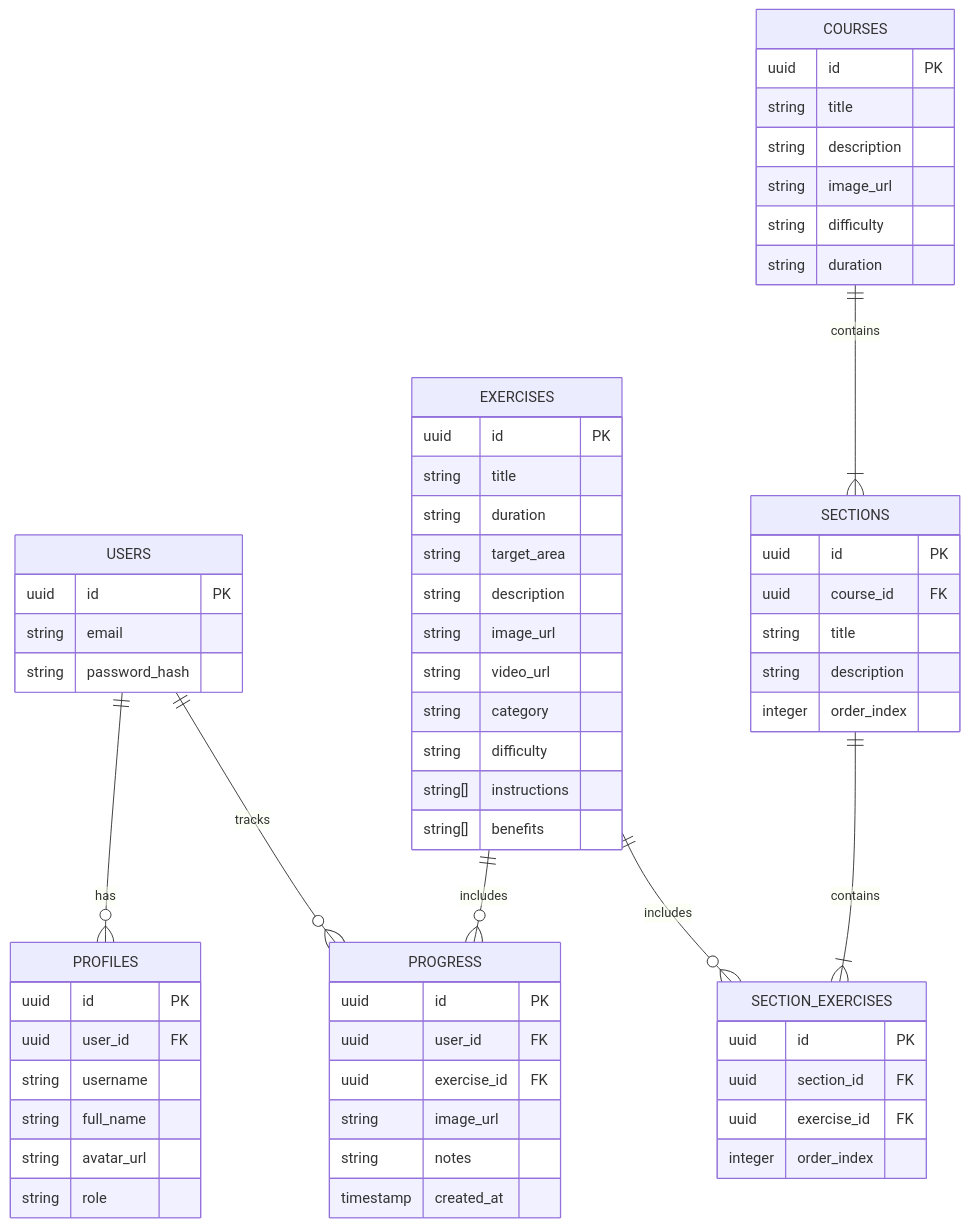
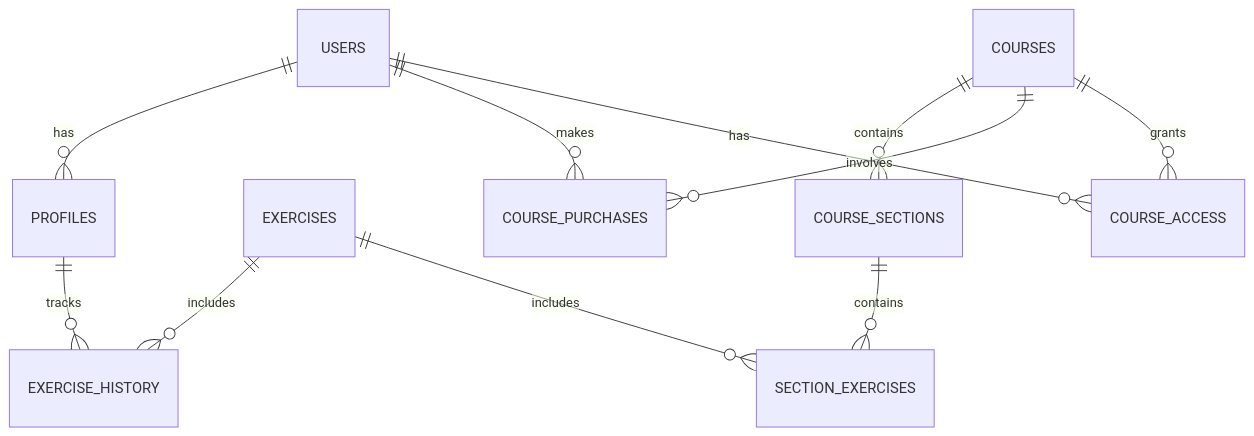
The seventh of 13 diagrams in docs/ARCHITECTURE.md (huyqduong/faceyoga-progress-tracker-app), drawn with Mermaid before and after one commit. The commit also changed other lines of this file, not shown here.

Commit message:
updated architecture doc

````diff
--- a/docs/ARCHITECTURE.md
+++ b/docs/ARCHITECTURE.md
@@ -122,71 +166,13 @@
 ```mermaid
 erDiagram
     USERS ||--o{ PROFILES : has
-    USERS ||--o{ PROGRESS : tracks
-    EXERCISES ||--o{ PROGRESS : includes
-    COURSES ||--|{ SECTIONS : contains
-    SECTIONS ||--|{ SECTION_EXERCISES : contains
+    PROFILES ||--o{ EXERCISE_HISTORY : tracks
+    EXERCISES ||--o{ EXERCISE_HISTORY : includes
+    COURSES ||--o{ COURSE_SECTIONS : contains
+    COURSE_SECTIONS ||--o{ SECTION_EXERCISES : contains
     EXERCISES ||--o{ SECTION_EXERCISES : includes
-    
-    USERS {
-        uuid id PK
-        string email
-        string password_hash
-    }
-    
-    PROFILES {
-        uuid id PK
-        uuid user_id FK
-        string username
-        string full_name
-        string avatar_url
-        string role
-    }
-    
-    EXERCISES {
-        uuid id PK
-        string title
-        string duration
-        string target_area
-        string description
-        string image_url
-        string video_url
-        string category
-        string difficulty
-        string[] instructions
-        string[] benefits
-    }
-    
-    PROGRESS {
-        uuid id PK
-        uuid user_id FK
-        uuid exercise_id FK
-        string image_url
-        string notes
-        timestamp created_at
-    }
-    
-    COURSES {
-        uuid id PK
-        string title
-        string description
-        string image_url
-        string difficulty
-        string duration
-    }
-    
-    SECTIONS {
-        uuid id PK
-        uuid course_id FK
-        string title
-        string description
-        integer order_index
-    }
-    
-    SECTION_EXERCISES {
-        uuid id PK
-        uuid section_id FK
-        uuid exercise_id FK
-        integer order_index
-    }
+    USERS ||--o{ COURSE_PURCHASES : makes
+    COURSES ||--o{ COURSE_PURCHASES : involves
+    USERS ||--o{ COURSE_ACCESS : has
+    COURSES ||--o{ COURSE_ACCESS : grants
 ```
````
